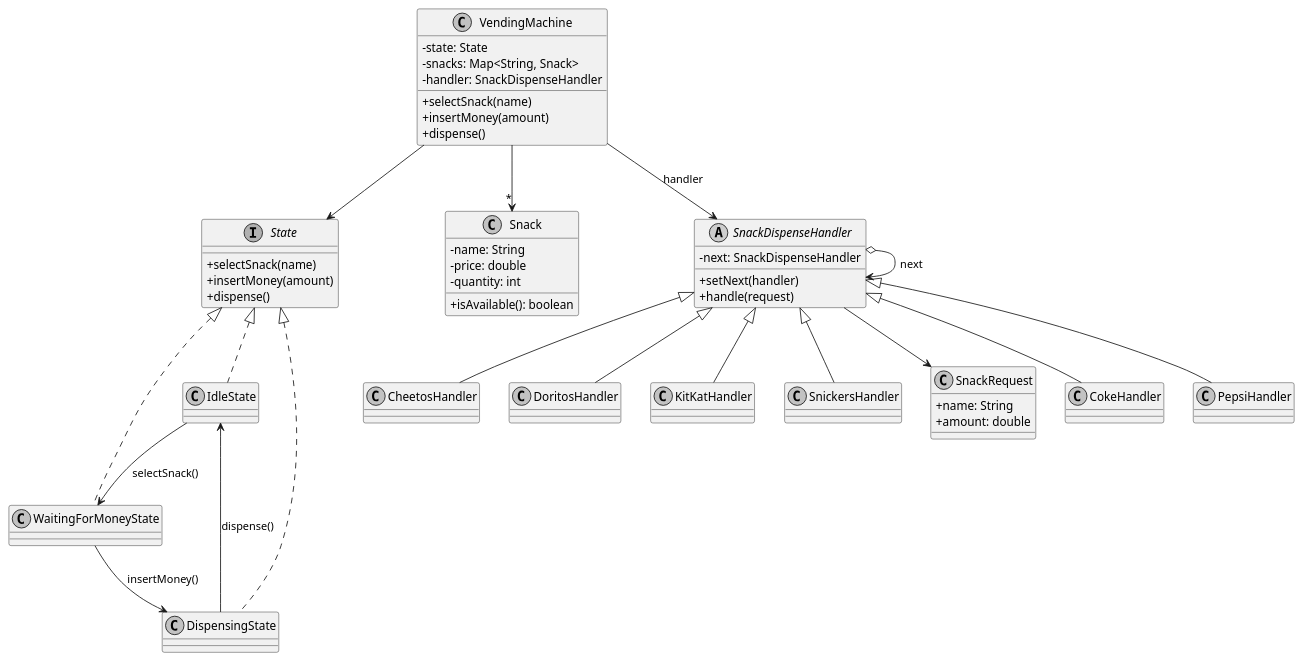
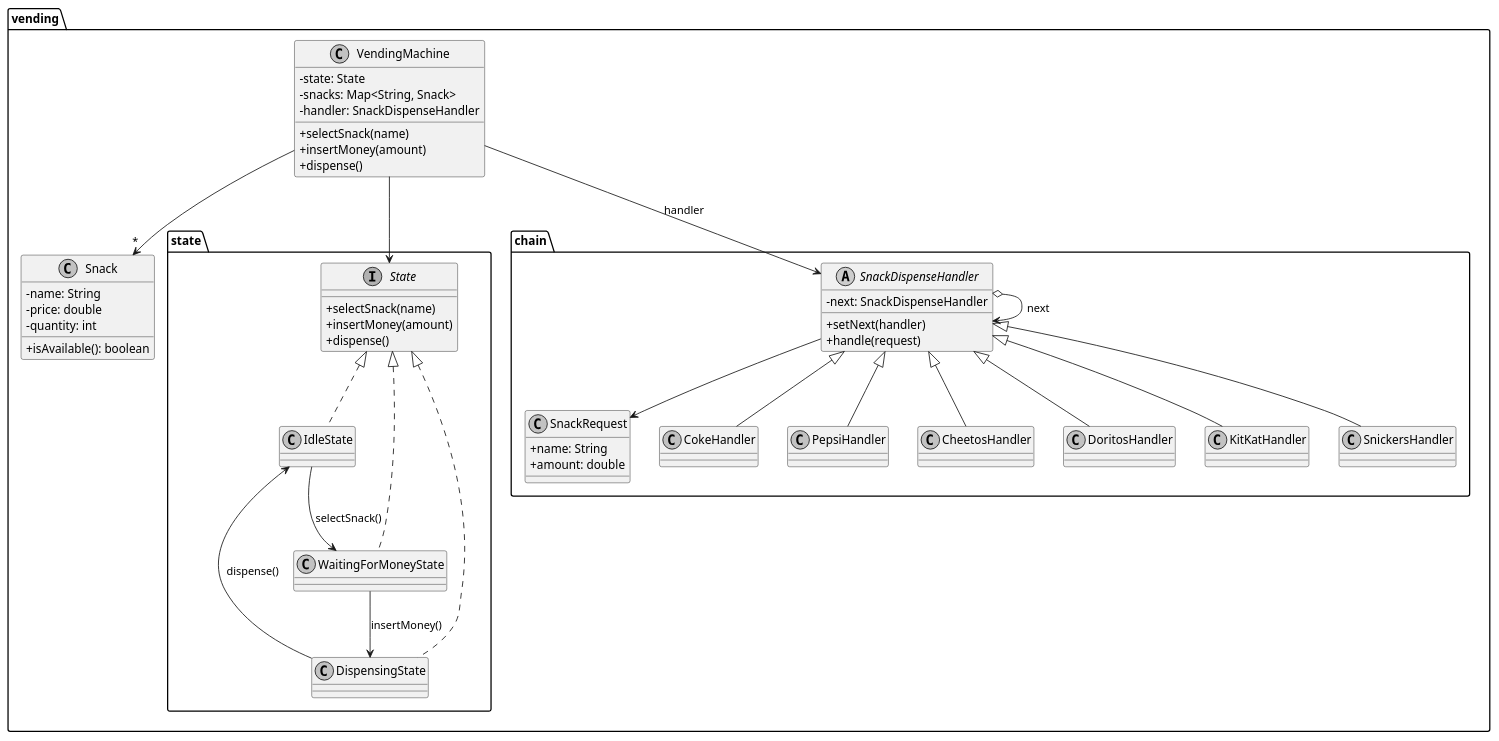
One commit to keiakihito/CS5800-HW7 changed the diagram in UML/vending_machine.puml. Above: the diagram before and after it, drawn with PlantUML. The commit also changed 1 other file, not shown here.

Commit message:
[Update] vending_machine.png with sub package.

```diff
--- a/UML/vending_machine.puml
+++ b/UML/vending_machine.puml
@@ -1,68 +1,74 @@
 @startuml
 skinparam monochrome true
 skinparam classAttributeIconSize 0
 
-class VendingMachine {
-  -state: State
-  -snacks: Map<String, Snack>
-  -handler: SnackDispenseHandler
-  +selectSnack(name)
-  +insertMoney(amount)
-  +dispense()
+package "vending" {
+  class VendingMachine {
+    -state: State
+    -snacks: Map<String, Snack>
+    -handler: SnackDispenseHandler
+    +selectSnack(name)
+    +insertMoney(amount)
+    +dispense()
+  }
+
+  class Snack {
+    -name: String
+    -price: double
+    -quantity: int
+    +isAvailable(): boolean
+  }
 }
 
-interface State {
-  +selectSnack(name)
-  +insertMoney(amount)
-  +dispense()
+package "vending.state" {
+  interface State {
+    +selectSnack(name)
+    +insertMoney(amount)
+    +dispense()
+  }
+
+  class IdleState
+  class WaitingForMoneyState
+  class DispensingState
 }
 
-class IdleState
-class WaitingForMoneyState
-class DispensingState
+package "vending.chain" {
+  abstract class SnackDispenseHandler {
+    -next: SnackDispenseHandler
+    +setNext(handler)
+    +handle(request)
+  }
 
-class Snack {
-  -name: String
-  -price: double
-  -quantity: int
-  +isAvailable(): boolean
+  class SnackRequest {
+    +name: String
+    +amount: double
+  }
+
+  class CokeHandler
+  class PepsiHandler
+  class CheetosHandler
+  class DoritosHandler
+  class KitKatHandler
+  class SnickersHandler
 }
-
-abstract class SnackDispenseHandler {
-  -next: SnackDispenseHandler
-  +setNext(handler)
-  +handle(request)
-}
-
-class SnackRequest {
-  +name: String
-  +amount: double
-}
-
-class CokeHandler
-class PepsiHandler
-class CheetosHandler
-class DoritosHandler
-class KitKatHandler
-class SnickersHandler
 
 VendingMachine --> State
 VendingMachine --> SnackDispenseHandler : handler
 VendingMachine --> "*" Snack
 State <|.. IdleState
 State <|.. WaitingForMoneyState
 State <|.. DispensingState
 SnackDispenseHandler <|-- CokeHandler
 SnackDispenseHandler <|-- PepsiHandler
 SnackDispenseHandler <|-- CheetosHandler
 SnackDispenseHandler <|-- DoritosHandler
 SnackDispenseHandler <|-- KitKatHandler
 SnackDispenseHandler <|-- SnickersHandler
 SnackDispenseHandler o--> SnackDispenseHandler : next
 SnackDispenseHandler --> SnackRequest
 
 IdleState --> WaitingForMoneyState : selectSnack()
 WaitingForMoneyState --> DispensingState : insertMoney()
 DispensingState --> IdleState : dispense()
 
 @enduml
```
